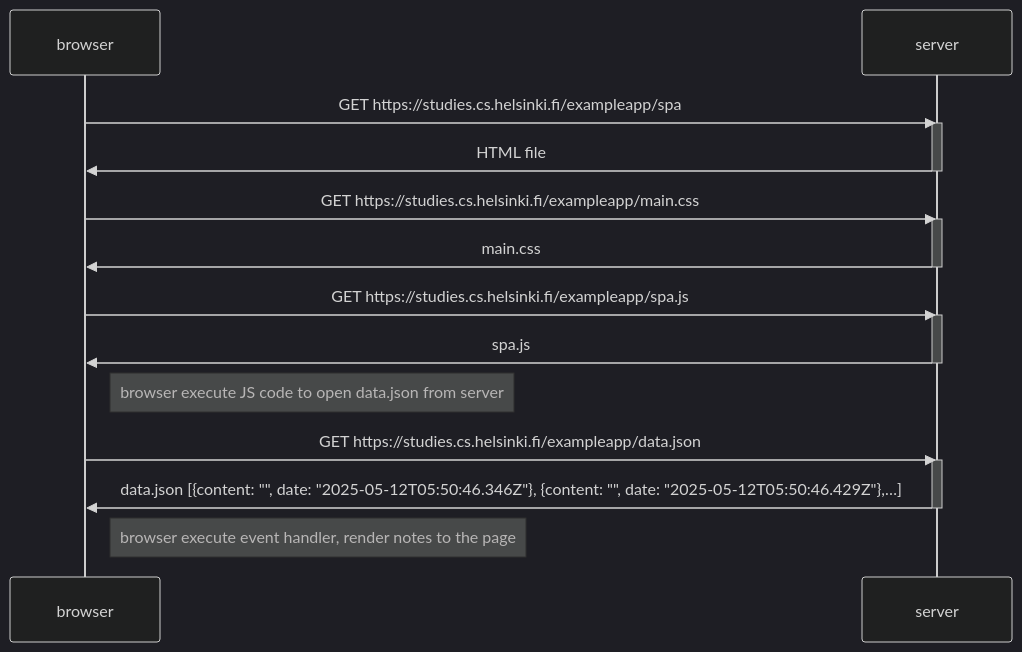
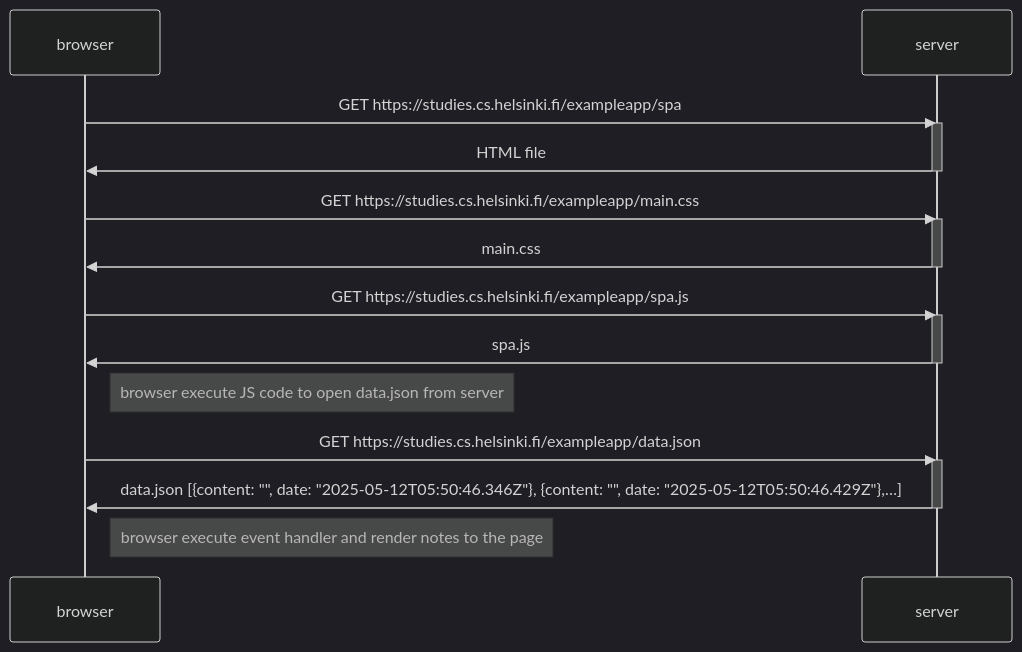
One commit to Shk-Haseeb/Full-Stack-Open changed the diagram in part0/0.5: Single page app diagram.md. Above: the diagram before and after it, drawn with Mermaid (dark theme).

Commit message:
Fixed the HTTP Protocol

````diff
--- a/part0/0.5: Single page app diagram.md
+++ b/part0/0.5: Single page app diagram.md
@@ -1,31 +1,31 @@
 ```mermaid
 
 sequenceDiagram
     participant browser
     participant server
 
     browser->>server: GET https://studies.cs.helsinki.fi/exampleapp/spa
     activate server
     server->>browser: HTML file
     deactivate server
 
     browser->>server: GET https://studies.cs.helsinki.fi/exampleapp/main.css
     activate server
     server->>browser: main.css
     deactivate server
 
     browser->>server: GET https://studies.cs.helsinki.fi/exampleapp/spa.js
     activate server
     server->>browser: spa.js
     deactivate server
 
     Note right of browser: browser execute JS code to open data.json from server
 
     browser->>server: GET https://studies.cs.helsinki.fi/exampleapp/data.json
     activate server
     server->>browser: data.json [{content: "", date: "2025-05-12T05:50:46.346Z"}, {content: "", date: "2025-05-12T05:50:46.429Z"},…]
     deactivate server
 
-    Note right of browser: browser execute event handler, render notes to the page
+    Note right of browser: browser execute event handler and render notes to the page
 
 ```
````
